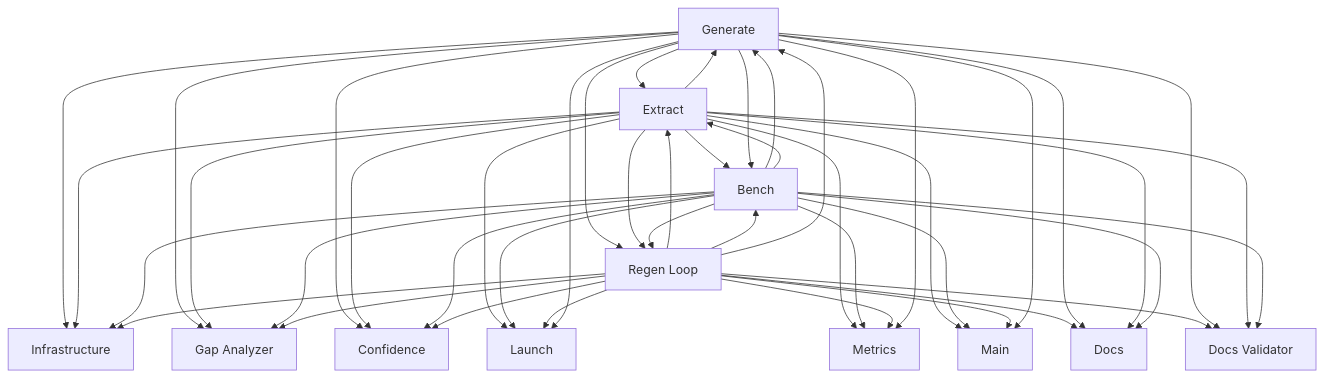
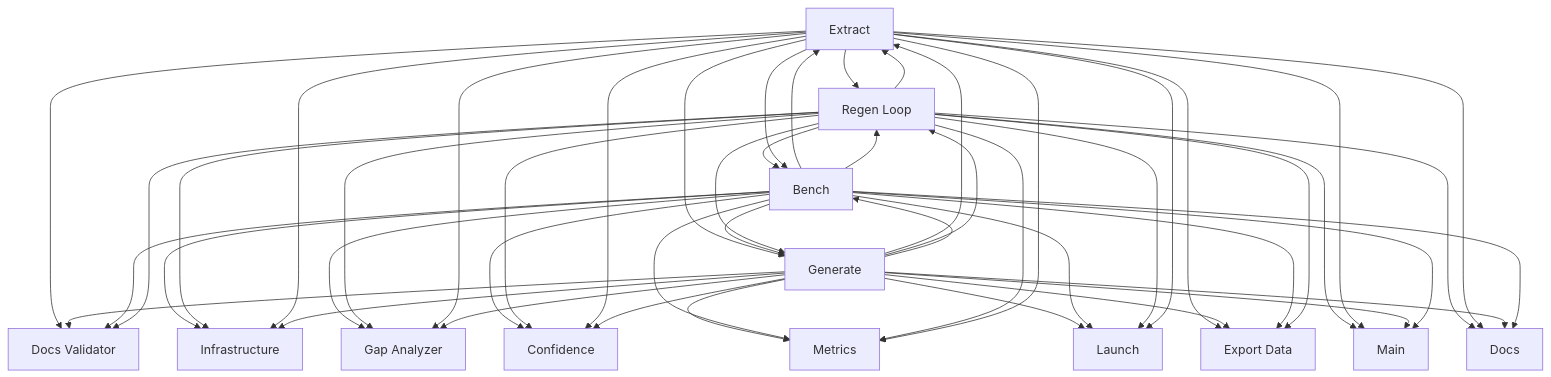
Before and after one commit to opn-arch/opencode-arch: the diagram in .architecture-models/src-cli/docs/se/logical-architecture.md, drawn with Mermaid. The commit also changed other lines of this file and 130 other files, not shown here.

````diff
--- a/.architecture-models/src-cli/docs/se/logical-architecture.md
+++ b/.architecture-models/src-cli/docs/se/logical-architecture.md
@@ -55,59 +56,64 @@
 ```mermaid
 graph TD
-    src-cli-COMP-8["Generate"]
-    src-cli-COMP-13["Infrastructure"]
-    src-cli-COMP-8 --> src-cli-COMP-13
-    src-cli-COMP-12["Regen Loop"]
-    src-cli-COMP-6["Extract"]
-    src-cli-COMP-12 --> src-cli-COMP-6
-    src-cli-COMP-7["Gap Analyzer"]
-    src-cli-COMP-8 --> src-cli-COMP-7
+    src-cli-COMP-7["Extract"]
     src-cli-COMP-5["Docs Validator"]
-    src-cli-COMP-12 --> src-cli-COMP-5
+    src-cli-COMP-7 --> src-cli-COMP-5
+    src-cli-COMP-13["Regen Loop"]
+    src-cli-COMP-1["Bench"]
+    src-cli-COMP-13 --> src-cli-COMP-1
+    src-cli-COMP-11["Main"]
+    src-cli-COMP-13 --> src-cli-COMP-11
+    src-cli-COMP-7 --> src-cli-COMP-13
+    src-cli-COMP-14["Infrastructure"]
+    src-cli-COMP-1 --> src-cli-COMP-14
+    src-cli-COMP-8["Gap Analyzer"]
+    src-cli-COMP-1 --> src-cli-COMP-8
+    src-cli-COMP-4["Docs"]
+    src-cli-COMP-13 --> src-cli-COMP-4
+    src-cli-COMP-9["Generate"]
+    src-cli-COMP-12["Metrics"]
+    src-cli-COMP-9 --> src-cli-COMP-12
+    src-cli-COMP-13 --> src-cli-COMP-14
+    src-cli-COMP-6["Export Data"]
+    src-cli-COMP-7 --> src-cli-COMP-6
     src-cli-COMP-3["Confidence"]
-    src-cli-COMP-8 --> src-cli-COMP-3
-    src-cli-COMP-4["Docs"]
-    src-cli-COMP-12 --> src-cli-COMP-4
-    src-cli-COMP-9["Launch"]
-    src-cli-COMP-6 --> src-cli-COMP-9
-    src-cli-COMP-8 --> src-cli-COMP-6
-    src-cli-COMP-11["Metrics"]
-    src-cli-COMP-6 --> src-cli-COMP-11
-    src-cli-COMP-8 --> src-cli-COMP-12
-    src-cli-COMP-8 --> src-cli-COMP-5
-    src-cli-COMP-8 --> src-cli-COMP-4
-    src-cli-COMP-1["Bench"]
-    src-cli-COMP-1 --> src-cli-COMP-9
-    src-cli-COMP-1 --> src-cli-COMP-11
-    src-cli-COMP-6 --> src-cli-COMP-1
-    src-cli-COMP-12 --> src-cli-COMP-9
-    src-cli-COMP-10["Main"]
-    src-cli-COMP-6 --> src-cli-COMP-10
-    src-cli-COMP-12 --> src-cli-COMP-11
-    src-cli-COMP-1 --> src-cli-COMP-10
-    src-cli-COMP-6 --> src-cli-COMP-13
-    src-cli-COMP-8 --> src-cli-COMP-9
-    src-cli-COMP-6 --> src-cli-COMP-8
-    src-cli-COMP-8 --> src-cli-COMP-11
-    src-cli-COMP-12 --> src-cli-COMP-1
-    src-cli-COMP-6 --> src-cli-COMP-3
-    src-cli-COMP-6 --> src-cli-COMP-7
-    src-cli-COMP-12 --> src-cli-COMP-10
-    src-cli-COMP-1 --> src-cli-COMP-13
-    src-cli-COMP-12 --> src-cli-COMP-8
-    src-cli-COMP-1 --> src-cli-COMP-7
-    src-cli-COMP-1 --> src-cli-COMP-8
-    src-cli-COMP-8 --> src-cli-COMP-10
-    src-cli-COMP-6 --> src-cli-COMP-12
     src-cli-COMP-1 --> src-cli-COMP-3
-    src-cli-COMP-6 --> src-cli-COMP-5
-    src-cli-COMP-8 --> src-cli-COMP-1
-    src-cli-COMP-12 --> src-cli-COMP-13
-    src-cli-COMP-6 --> src-cli-COMP-4
-    src-cli-COMP-1 --> src-cli-COMP-6
-    src-cli-COMP-12 --> src-cli-COMP-3
-    src-cli-COMP-12 --> src-cli-COMP-7
-    src-cli-COMP-1 --> src-cli-COMP-4
+    src-cli-COMP-9 --> src-cli-COMP-5
+    src-cli-COMP-13 --> src-cli-COMP-8
+    src-cli-COMP-10["Launch"]
+    src-cli-COMP-9 --> src-cli-COMP-10
+    src-cli-COMP-9 --> src-cli-COMP-7
+    src-cli-COMP-9 --> src-cli-COMP-13
+    src-cli-COMP-13 --> src-cli-COMP-3
+    src-cli-COMP-7 --> src-cli-COMP-9
     src-cli-COMP-1 --> src-cli-COMP-12
     src-cli-COMP-1 --> src-cli-COMP-5
+    src-cli-COMP-1 --> src-cli-COMP-10
+    src-cli-COMP-7 --> src-cli-COMP-11
+    src-cli-COMP-7 --> src-cli-COMP-1
+    src-cli-COMP-9 --> src-cli-COMP-6
+    src-cli-COMP-1 --> src-cli-COMP-7
+    src-cli-COMP-1 --> src-cli-COMP-13
+    src-cli-COMP-13 --> src-cli-COMP-12
+    src-cli-COMP-13 --> src-cli-COMP-5
+    src-cli-COMP-13 --> src-cli-COMP-10
+    src-cli-COMP-7 --> src-cli-COMP-4
+    src-cli-COMP-1 --> src-cli-COMP-6
+    src-cli-COMP-7 --> src-cli-COMP-14
+    src-cli-COMP-9 --> src-cli-COMP-1
+    src-cli-COMP-7 --> src-cli-COMP-8
+    src-cli-COMP-13 --> src-cli-COMP-7
+    src-cli-COMP-9 --> src-cli-COMP-11
+    src-cli-COMP-7 --> src-cli-COMP-3
+    src-cli-COMP-9 --> src-cli-COMP-4
+    src-cli-COMP-13 --> src-cli-COMP-6
+    src-cli-COMP-1 --> src-cli-COMP-9
+    src-cli-COMP-9 --> src-cli-COMP-14
+    src-cli-COMP-1 --> src-cli-COMP-11
+    src-cli-COMP-9 --> src-cli-COMP-8
+    src-cli-COMP-13 --> src-cli-COMP-9
+    src-cli-COMP-7 --> src-cli-COMP-12
+    src-cli-COMP-9 --> src-cli-COMP-3
+    src-cli-COMP-1 --> src-cli-COMP-4
+    src-cli-COMP-7 --> src-cli-COMP-10
 ```
````
